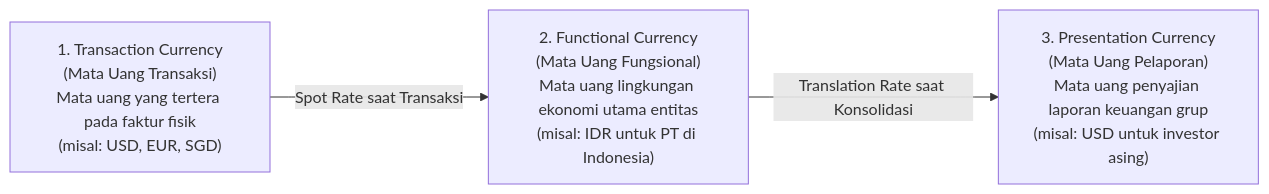
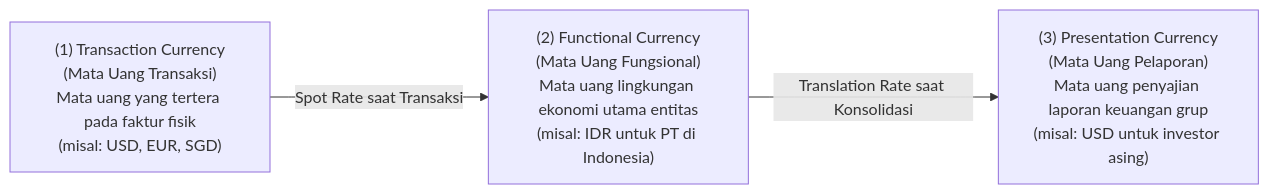
One commit to alimurrofid/erp-notes changed the diagram in content/02-accounting/foreign-currency-accounting.md. Above: the diagram before and after it, drawn with Mermaid. The commit also changed 132 other files, not shown here.

````diff
--- a/content/02-accounting/foreign-currency-accounting.md
+++ b/content/02-accounting/foreign-currency-accounting.md
@@ -19,6 +19,6 @@
 ```mermaid
 flowchart LR
-    TC["1. Transaction Currency<br/>(Mata Uang Transaksi)<br/>Mata uang yang tertera pada faktur fisik<br/>(misal: USD, EUR, SGD)"]
-    -->|Spot Rate saat Transaksi| FC["2. Functional Currency<br/>(Mata Uang Fungsional)<br/>Mata uang lingkungan ekonomi utama entitas<br/>(misal: IDR untuk PT di Indonesia)"]
-    -->|Translation Rate saat Konsolidasi| PC["3. Presentation Currency<br/>(Mata Uang Pelaporan)<br/>Mata uang penyajian laporan keuangan grup<br/>(misal: USD untuk investor asing)"]
+    TC["(1) Transaction Currency<br/>(Mata Uang Transaksi)<br/>Mata uang yang tertera pada faktur fisik<br/>(misal: USD, EUR, SGD)"]
+    -->|Spot Rate saat Transaksi| FC["(2) Functional Currency<br/>(Mata Uang Fungsional)<br/>Mata uang lingkungan ekonomi utama entitas<br/>(misal: IDR untuk PT di Indonesia)"]
+    -->|Translation Rate saat Konsolidasi| PC["(3) Presentation Currency<br/>(Mata Uang Pelaporan)<br/>Mata uang penyajian laporan keuangan grup<br/>(misal: USD untuk investor asing)"]
 ```
````
